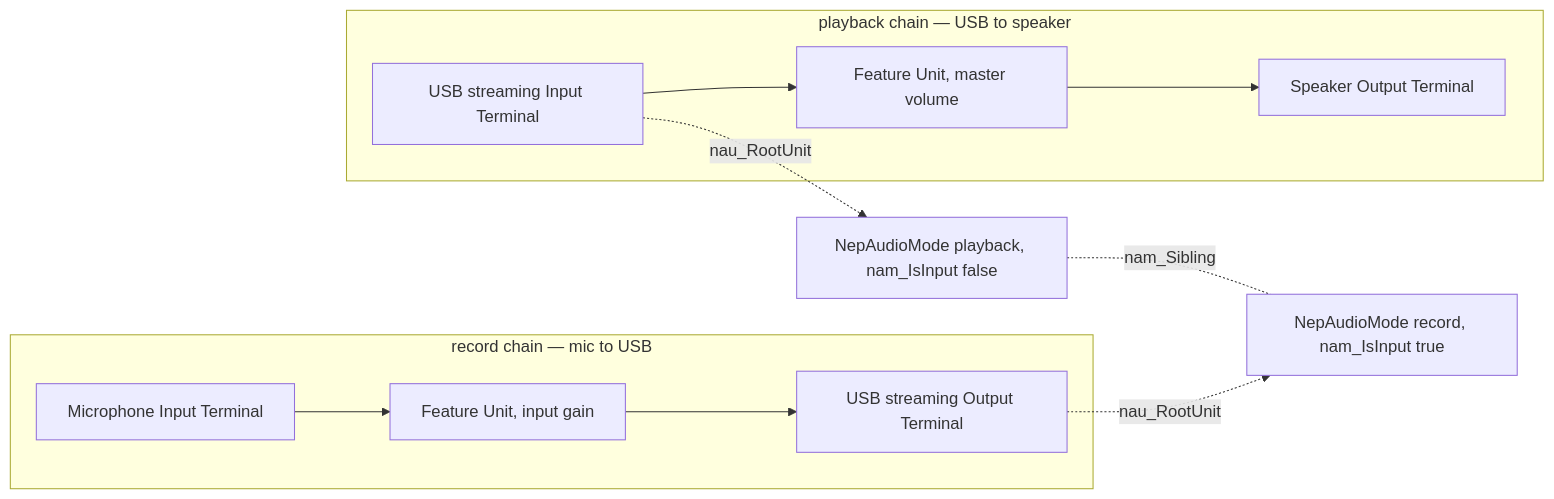
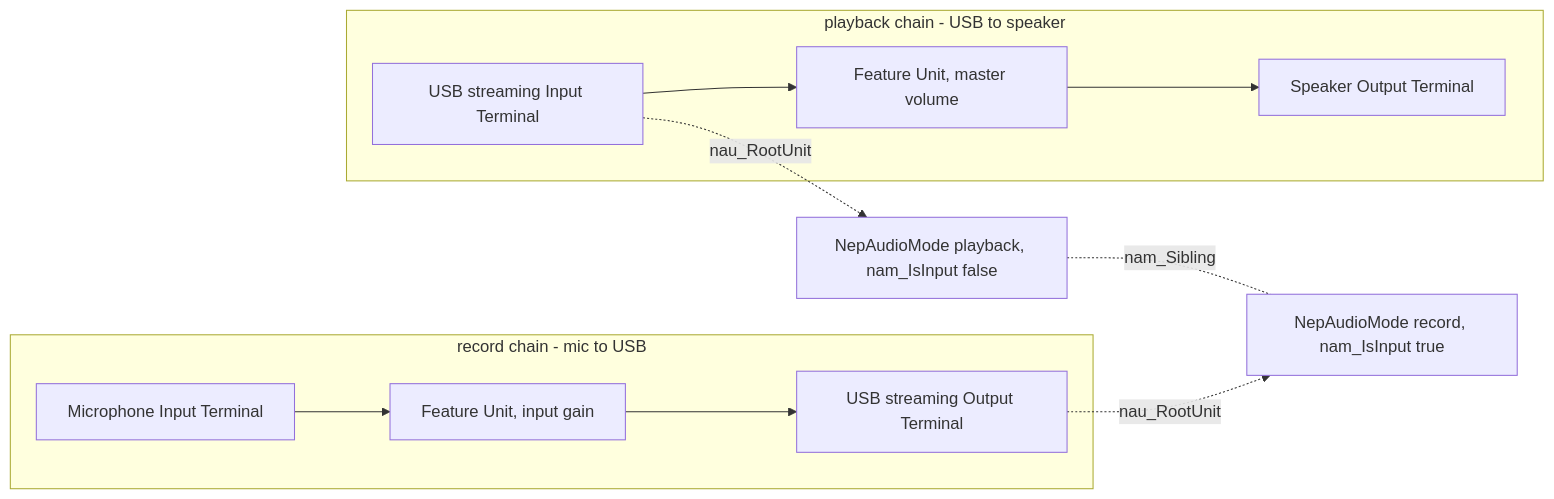
One commit to rondoval/poseidon-backport changed the fifth of 10 diagrams in docs/usbaudio.class-architecture.md. Above: the diagram before and after it, drawn with Mermaid. The commit also changed other lines of this file and 108 other files, not shown here.

````diff
--- a/docs/usbaudio.class-architecture.md
+++ b/docs/usbaudio.class-architecture.md
@@ -283,18 +283,18 @@
 ```mermaid
 flowchart LR
-    subgraph PLAY["playback chain — USB to speaker"]
+    subgraph PLAY["playback chain - USB to speaker"]
         IT1["USB streaming Input Terminal"]
         FU1["Feature Unit, master volume"]
         OT1["Speaker Output Terminal"]
         IT1 --> FU1 --> OT1
     end
-    subgraph REC["record chain — mic to USB"]
+    subgraph REC["record chain - mic to USB"]
         IT2["Microphone Input Terminal"]
         FU2["Feature Unit, input gain"]
         OT2["USB streaming Output Terminal"]
         IT2 --> FU2 --> OT2
     end
     IT1 -.->|nau_RootUnit| MP["NepAudioMode playback, nam_IsInput false"]
     OT2 -.->|nau_RootUnit| MR["NepAudioMode record, nam_IsInput true"]
     MP -. nam_Sibling .- MR
 ```
````
